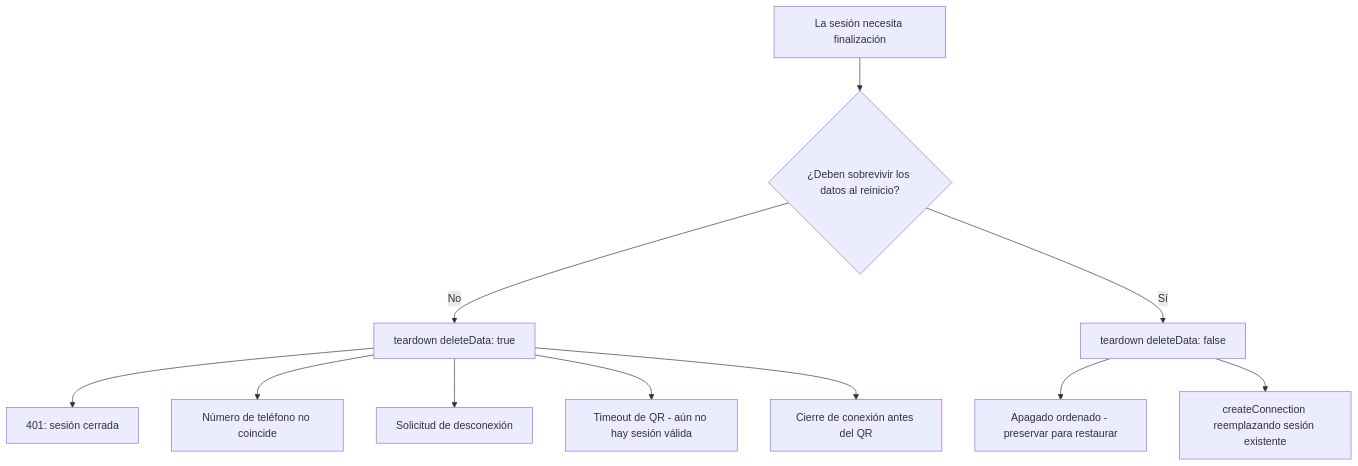
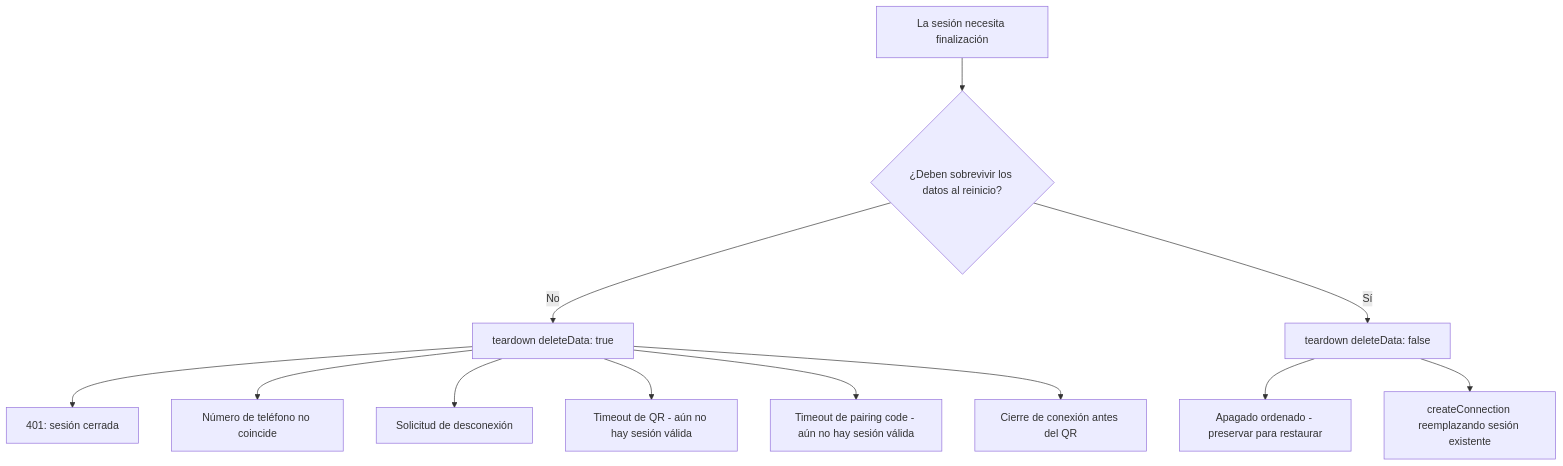
One commit to Fibra-Labs/chepibe-personal changed the second of 10 diagrams in docs/whatsapp-session-lifecycle.md. Above: the diagram before and after it, drawn with Mermaid. The commit also changed other lines of this file and 3 other files, not shown here.

Commit message:
docs: agregar documentación del flujo de pairing code

````diff
--- a/docs/whatsapp-session-lifecycle.md
+++ b/docs/whatsapp-session-lifecycle.md
@@ -52,15 +52,16 @@
 ```mermaid
 flowchart TD
     A[La sesión necesita finalización] --> B{¿Deben sobrevivir los datos al reinicio?}
     B -->|No| C[teardown deleteData: true]
     B -->|Sí| D[teardown deleteData: false]
 
     C --> C1[401: sesión cerrada]
     C --> C2[Número de teléfono no coincide]
     C --> C3[Solicitud de desconexión]
     C --> C4[Timeout de QR - aún no hay sesión válida]
-    C --> C5[Cierre de conexión antes del QR]
+    C --> C5[Timeout de pairing code - aún no hay sesión válida]
+    C --> C6[Cierre de conexión antes del QR]
 
     D --> D1[Apagado ordenado - preservar para restaurar]
     D --> D2[createConnection reemplazando sesión existente]
 ```
````
